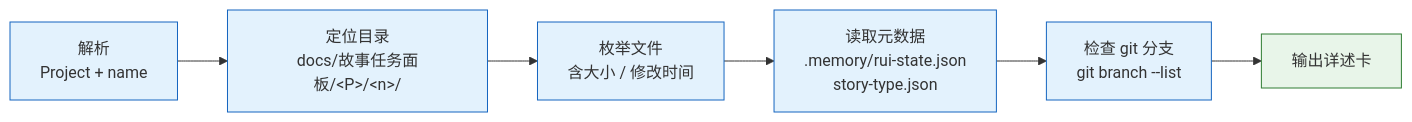
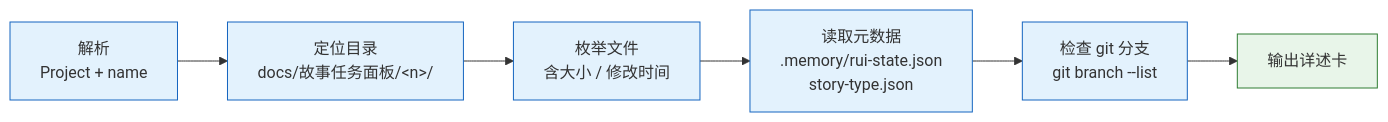
The sixth of 13 diagrams in skills/rui-story/SKILL.md (effiy/YrY), drawn with Mermaid before and after one commit. The commit also changed other lines of this file and 12 other files, not shown here.

````diff
--- a/skills/rui-story/SKILL.md
+++ b/skills/rui-story/SKILL.md
@@ -157,11 +157,11 @@
 ```mermaid
 flowchart LR
-    PARSE["解析<br/>Project + name"]:::op --> LOCATE["定位目录<br/>docs/故事任务面板/&lt;P&gt;/&lt;n&gt;/"]:::op
+    PARSE["解析<br/>Project + name"]:::op --> LOCATE["定位目录<br/>docs/故事任务面板/&lt;n&gt;/"]:::op
     LOCATE --> ENUM["枚举文件<br/>含大小 / 修改时间"]:::op
     ENUM --> META["读取元数据<br/>.memory/rui-state.json<br/>story-type.json"]:::op
     META --> BRANCH["检查 git 分支<br/>git branch --list"]:::op
     BRANCH --> OUT["输出详述卡"]:::out
 
     classDef op fill:#e3f2fd,stroke:#1565c0;
     classDef out fill:#e8f5e9,stroke:#2e7d32;
 ```
````
